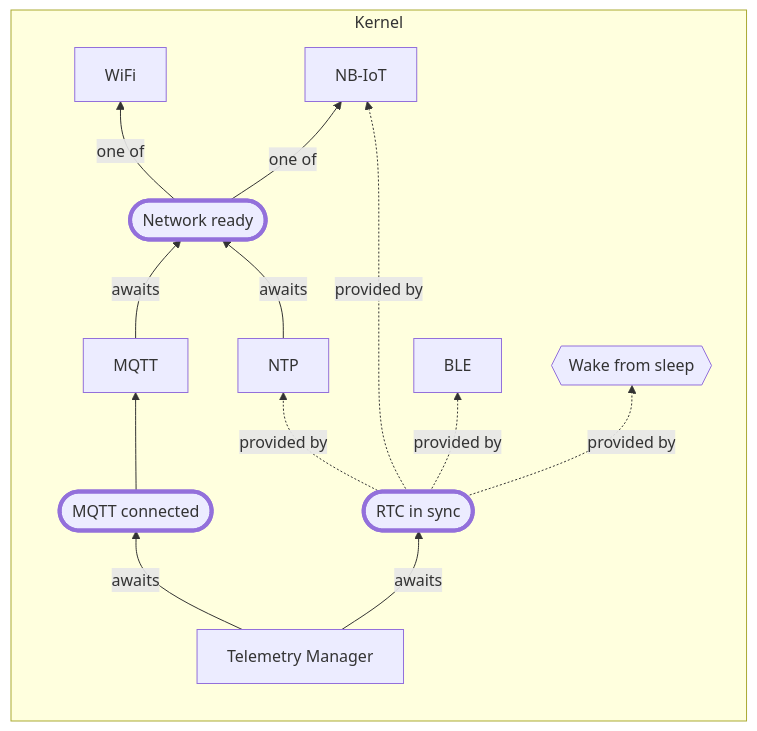
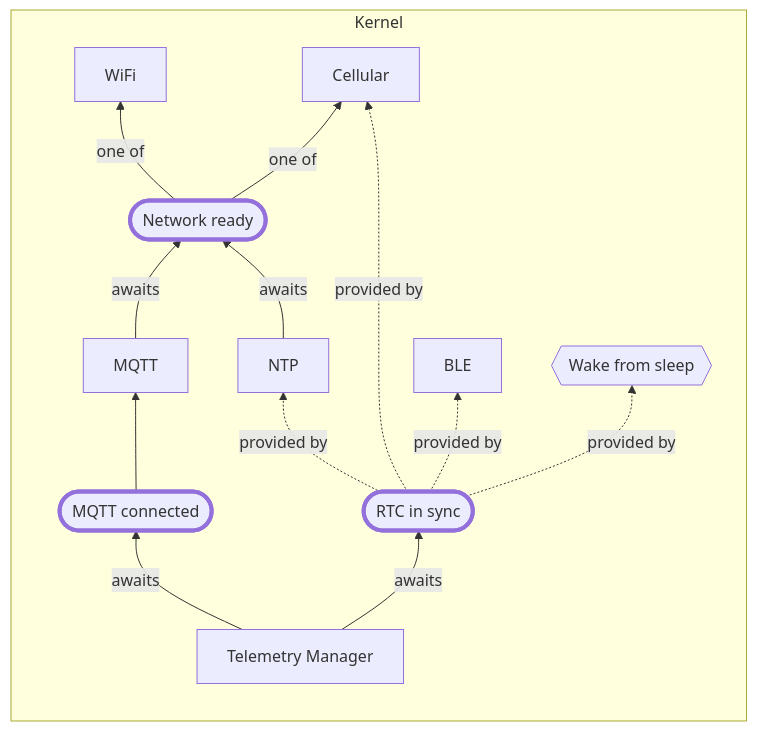
The first of 2 diagrams in docs/Architecture.md (cornucopia-machines/ugly-duckling-firmware), drawn with Mermaid before and after one commit. The commit also changed other lines of this file and 40 other files, not shown here.

````diff
--- a/docs/Architecture.md
+++ b/docs/Architecture.md
@@ -25,30 +25,30 @@
 ```mermaid
 graph BT
     subgraph Kernel
         direction BT
         BLE
         WiFi
-        NBIoT["NB-IoT"]
+        Cellular["Cellular"]
         NetworkReady(["Network ready"])
             style NetworkReady stroke-width:4
         NTP
         RTCInSync(["RTC in sync"])
             style RTCInSync stroke-width:4
         MQTT
         MQTTConnected(["MQTT connected"])
             style MQTTConnected stroke-width:4
         TelemetryManager["Telemetry Manager"]
 
         NetworkReady -->|one of| WiFi
-        NetworkReady -->|one of| NBIoT
+        NetworkReady -->|one of| Cellular
         MQTT -->|awaits| NetworkReady
         MQTTConnected --> MQTT
         NTP -->|awaits| NetworkReady
         RTCInSync -.->|provided by| NTP
-        RTCInSync -.->|provided by| NBIoT
+        RTCInSync -.->|provided by| Cellular
         RTCInSync -.->|provided by| BLE
         RTCInSync -.->|provided by| PreBoot{{"Wake from sleep"}}
         TelemetryManager -->|awaits| MQTTConnected
         TelemetryManager -->|awaits| RTCInSync
     end
 ```
````
